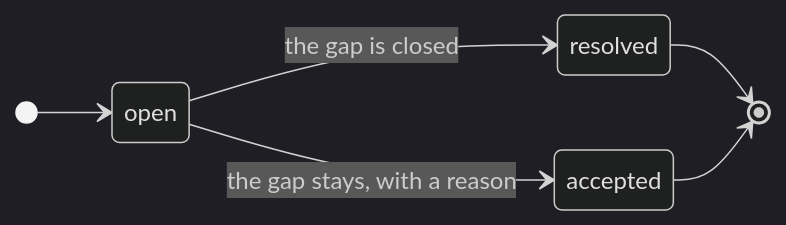
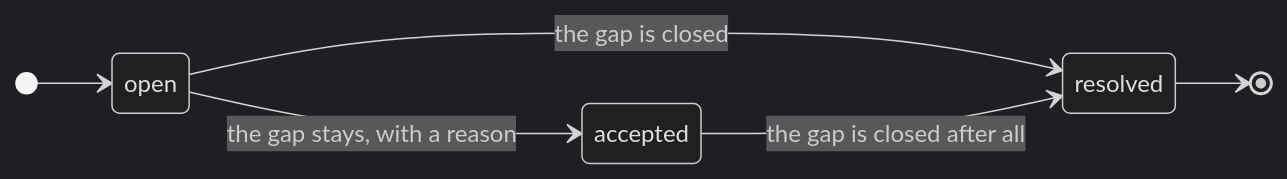
One commit to GiteshDalal/fdf changed the fourth of 5 diagrams in spec/0.7.md. Above: the diagram before and after it, drawn with Mermaid (dark theme). The commit also changed other lines of this file and 7 other files, not shown here.

````diff
--- a/spec/0.7.md
+++ b/spec/0.7.md
@@ -476,9 +588,9 @@
 ```mermaid
 stateDiagram-v2
     direction LR
     [*] --> open
     open --> resolved : the gap is closed
     open --> accepted : the gap stays, with a reason
+    accepted --> resolved : the gap is closed after all
     resolved --> [*]
-    accepted --> [*]
 ```
````
